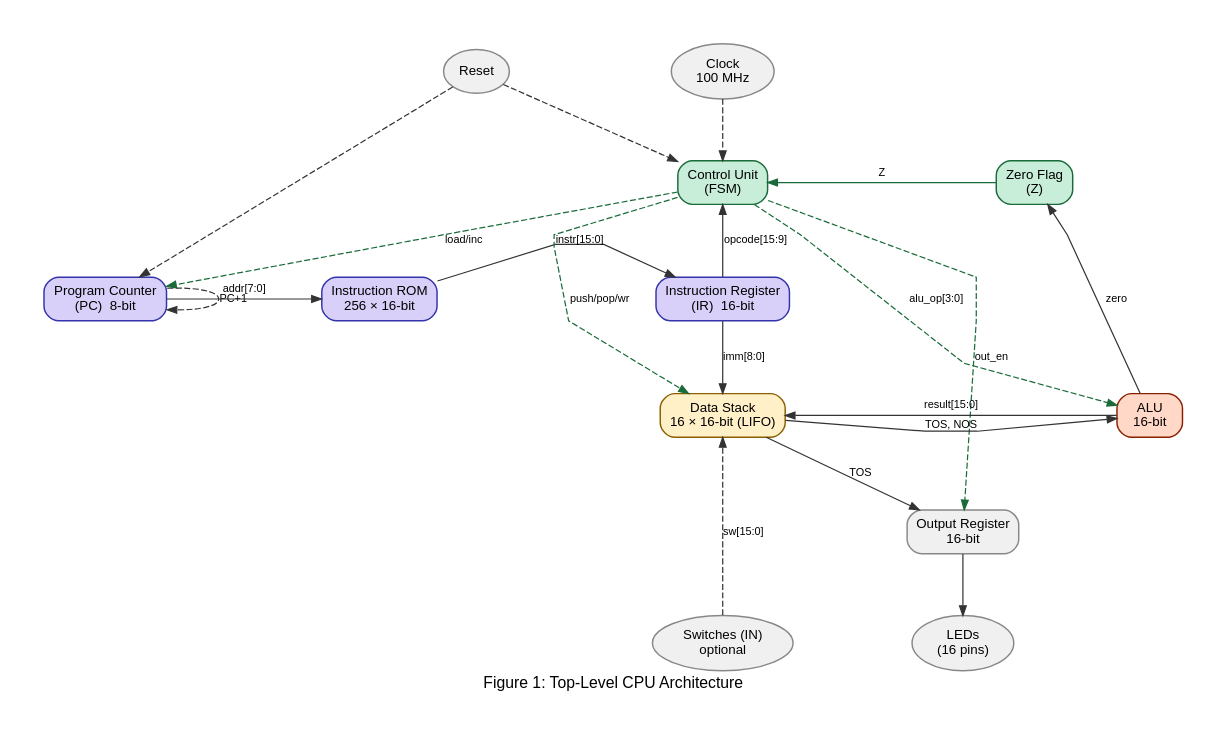
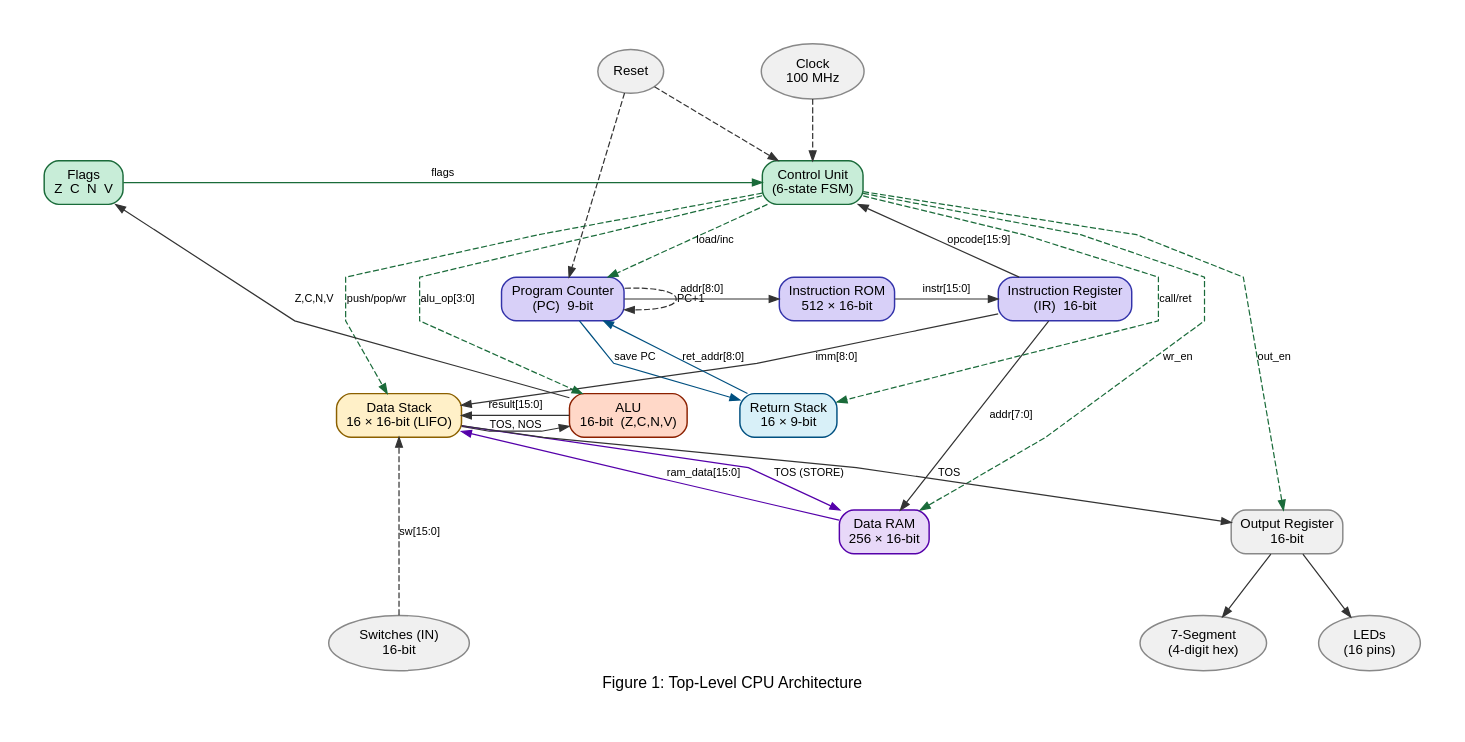
The first of 5 diagrams in report.md (Faruk982/stack_cpu), drawn with Graphviz before and after one commit. The commit also changed other lines of this file and 17 other files, not shown here.

````diff
--- a/report.md
+++ b/report.md
@@ -41,54 +43,66 @@
 ```graphviz
 digraph top_level {
     graph [rankdir=TB, label="Figure 1: Top-Level CPU Architecture", labelloc=b,
            fontname="Arial", fontsize=13, splines=polyline, nodesep=0.6, ranksep=0.7,
            bgcolor=white, pad=0.4]
     node  [fontname="Arial", fontsize=11, shape=box, style="filled,rounded",
            fillcolor="#EEF2FF", color="#3333AA", penwidth=1.2, height=0.5]
     edge  [fontname="Arial", fontsize=9, color="#333333", arrowsize=0.8]
 
     CLK   [label="Clock\n100 MHz", shape=ellipse, fillcolor="#F0F0F0", color="#888888"]
     RST   [label="Reset", shape=ellipse, fillcolor="#F0F0F0", color="#888888"]
-    PC    [label="Program Counter\n(PC)  8-bit", fillcolor="#D8D0F8"]
-    ROM   [label="Instruction ROM\n256 × 16-bit", fillcolor="#D8D0F8"]
+    PC    [label="Program Counter\n(PC)  9-bit", fillcolor="#D8D0F8"]
+    ROM   [label="Instruction ROM\n512 × 16-bit", fillcolor="#D8D0F8"]
     IR    [label="Instruction Register\n(IR)  16-bit", fillcolor="#D8D0F8"]
-    CU    [label="Control Unit\n(FSM)", fillcolor="#C8EDD8", color="#1a6b3a"]
-    ZFLAG [label="Zero Flag\n(Z)", fillcolor="#C8EDD8", color="#1a6b3a"]
+    CU    [label="Control Unit\n(6-state FSM)", fillcolor="#C8EDD8", color="#1a6b3a"]
+    FLAGS [label="Flags\nZ  C  N  V", fillcolor="#C8EDD8", color="#1a6b3a"]
     STACK [label="Data Stack\n16 × 16-bit (LIFO)", fillcolor="#FFF0C8", color="#8B6000"]
-    ALU   [label="ALU\n16-bit", fillcolor="#FFD8C8", color="#8B2000"]
+    ALU   [label="ALU\n16-bit  (Z,C,N,V)", fillcolor="#FFD8C8", color="#8B2000"]
+    RSTK  [label="Return Stack\n16 × 9-bit", fillcolor="#D8F0F8", color="#005080"]
+    DRAM  [label="Data RAM\n256 × 16-bit", fillcolor="#E8D8F8", color="#5500AA"]
     OUTREG[label="Output Register\n16-bit", fillcolor="#F0F0F0", color="#888888"]
     LEDS  [label="LEDs\n(16 pins)", shape=ellipse, fillcolor="#F0F0F0", color="#888888"]
-    SW    [label="Switches (IN)\noptional", shape=ellipse, fillcolor="#F0F0F0", color="#888888"]
+    SEG   [label="7-Segment\n(4-digit hex)", shape=ellipse, fillcolor="#F0F0F0", color="#888888"]
+    SW    [label="Switches (IN)\n16-bit", shape=ellipse, fillcolor="#F0F0F0", color="#888888"]
 
     CLK -> CU [style=dashed]
     RST -> CU [style=dashed]
     RST -> PC [style=dashed]
 
-    PC   -> ROM   [label="addr[7:0]"]
+    PC   -> ROM   [label="addr[8:0]"]
     ROM  -> IR    [label="instr[15:0]"]
     IR   -> CU    [label="opcode[15:9]"]
     PC   -> PC    [label="PC+1", style=dashed, constraint=false]
 
     CU   -> PC    [label="load/inc", style=dashed, color="#1a6b3a"]
     CU   -> STACK [label="push/pop/wr", style=dashed, color="#1a6b3a"]
     CU   -> ALU   [label="alu_op[3:0]", style=dashed, color="#1a6b3a"]
     CU   -> OUTREG[label="out_en", style=dashed, color="#1a6b3a"]
+    CU   -> RSTK  [label="call/ret", style=dashed, color="#1a6b3a"]
+    CU   -> DRAM  [label="wr_en", style=dashed, color="#1a6b3a"]
 
     STACK -> ALU   [label="TOS, NOS"]
     ALU   -> STACK [label="result[15:0]"]
-    ALU   -> ZFLAG [label="zero"]
-    ZFLAG -> CU    [label="Z", color="#1a6b3a"]
+    ALU   -> FLAGS [label="Z,C,N,V"]
+    FLAGS -> CU    [label="flags", color="#1a6b3a"]
     IR    -> STACK [label="imm[8:0]"]
+    IR    -> DRAM  [label="addr[7:0]"]
+
+    RSTK  -> PC    [label="ret_addr[8:0]", color="#005080"]
+    PC    -> RSTK  [label="save PC", color="#005080"]
+    DRAM  -> STACK [label="ram_data[15:0]", color="#5500AA"]
+    STACK -> DRAM  [label="TOS (STORE)", color="#5500AA"]
 
     STACK  -> OUTREG [label="TOS"]
     OUTREG -> LEDS
+    OUTREG -> SEG
     SW     -> STACK  [label="sw[15:0]", style=dashed]
 
     { rank=source; CLK; RST }
     { rank=same;   PC; ROM; IR }
-    { rank=same;   CU; ZFLAG }
-    { rank=same;   STACK; ALU }
-    { rank=same;   OUTREG }
-    { rank=sink;   LEDS; SW }
+    { rank=same;   CU; FLAGS }
+    { rank=same;   STACK; ALU; RSTK }
+    { rank=same;   DRAM; OUTREG }
+    { rank=sink;   LEDS; SEG; SW }
 }
 ```
````
